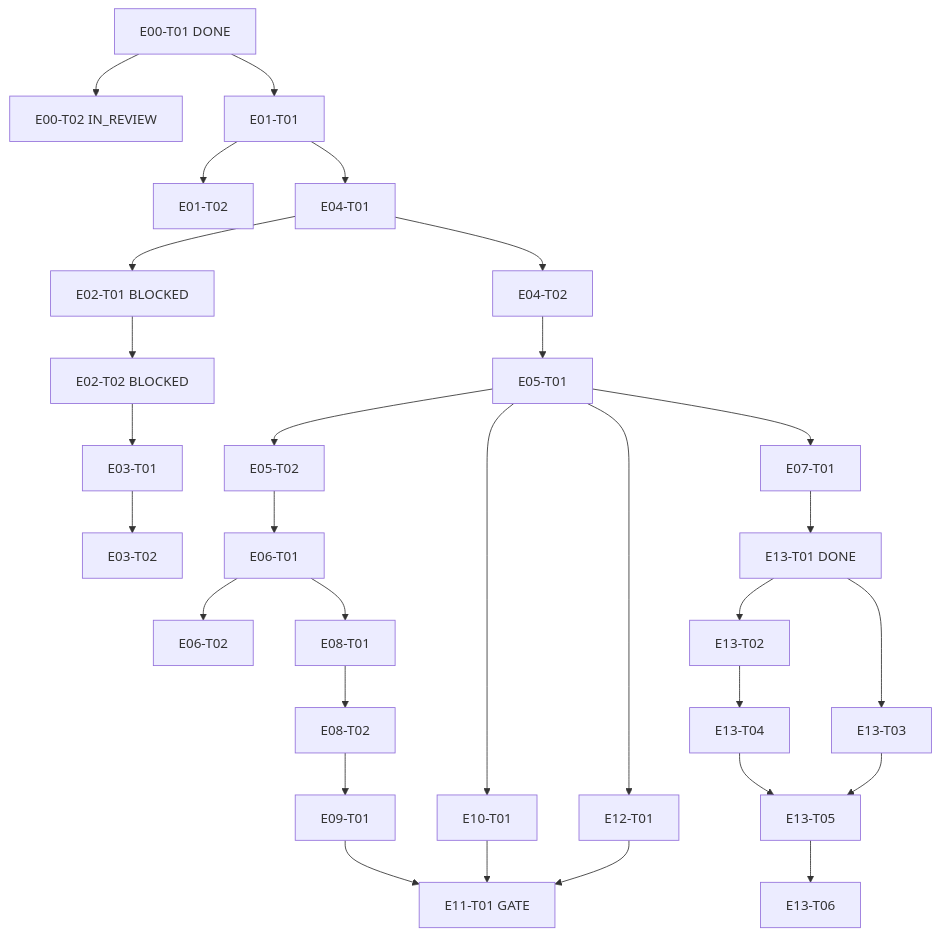
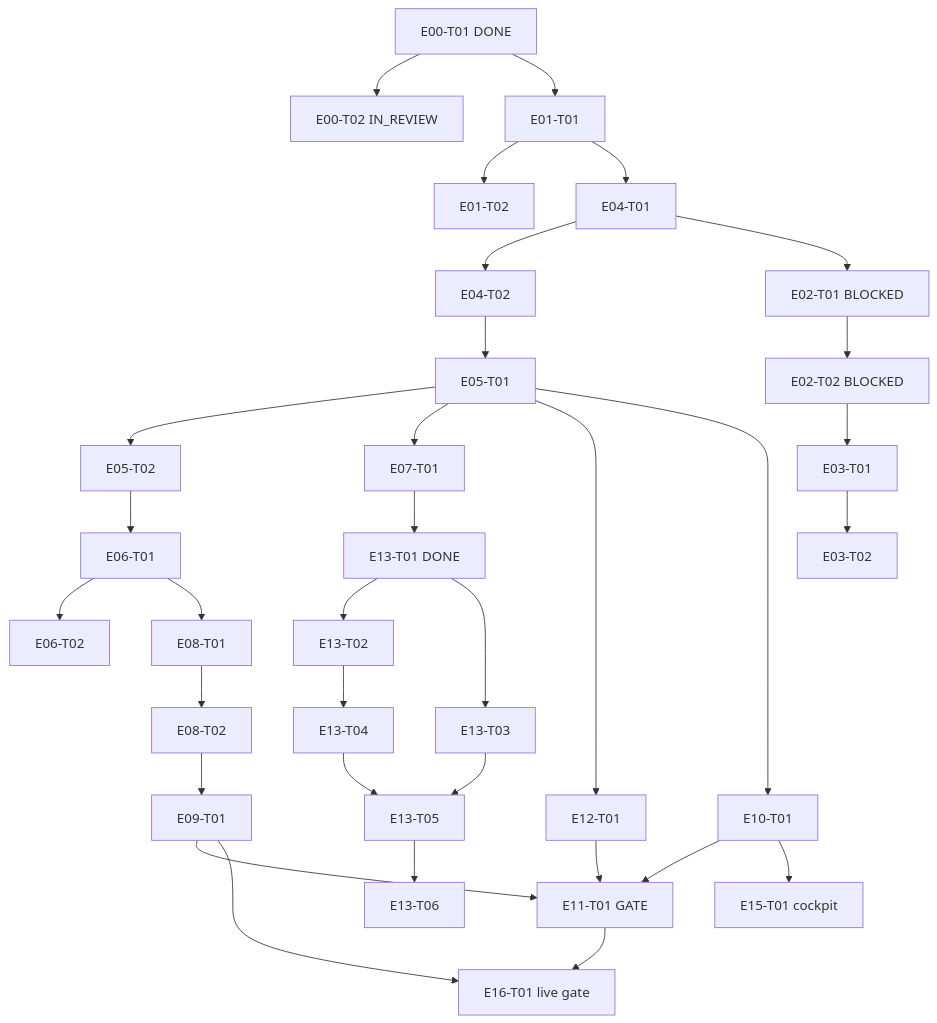
The diagram in docs/tasks/DEPENDENCY-GRAPH.md (mehranjanati/trading-agent), drawn with Mermaid before and after one commit. The commit also changed other lines of this file and 18 other files, not shown here.

First line of the commit message:
docs(E15,E16): cockpit architecture + live-readiness gate plan (ADR-012/013, backlog v2.2.0)

````diff
--- a/docs/tasks/DEPENDENCY-GRAPH.md
+++ b/docs/tasks/DEPENDENCY-GRAPH.md
@@ -3,16 +3,19 @@
 ```mermaid
 flowchart TB
   E00T01[E00-T01 DONE] --> E00T02[E00-T02 IN_REVIEW]
   E00T01 --> E01T01[E01-T01] --> E01T02[E01-T02]
   E01T01 --> E04T01[E04-T01] --> E04T02[E04-T02]
   E04T01 --> E02T01[E02-T01 BLOCKED]
   E02T01 --> E02T02[E02-T02 BLOCKED] --> E03T01[E03-T01] --> E03T02[E03-T02]
   E04T02 --> E05T01[E05-T01] --> E05T02[E05-T02] --> E06T01[E06-T01] --> E06T02[E06-T02]
   E05T01 --> E07T01[E07-T01]
   E05T01 --> E12T01[E12-T01]
   E05T01 --> E10T01[E10-T01]
   E06T01 --> E08T01[E08-T01] --> E08T02[E08-T02] --> E09T01[E09-T01]
   E09T01 & E10T01 & E12T01 --> E11T01[E11-T01 GATE]
   E07T01 --> E13T01[E13-T01 DONE] --> E13T02[E13-T02] --> E13T04[E13-T04] --> E13T05[E13-T05] --> E13T06[E13-T06]
   E13T01 --> E13T03[E13-T03] --> E13T05
+  E10T01 --> E15T01[E15-T01 cockpit]
+  E11T01 --> E16T01[E16-T01 live gate]
+  E09T01 --> E16T01
 ```
````
